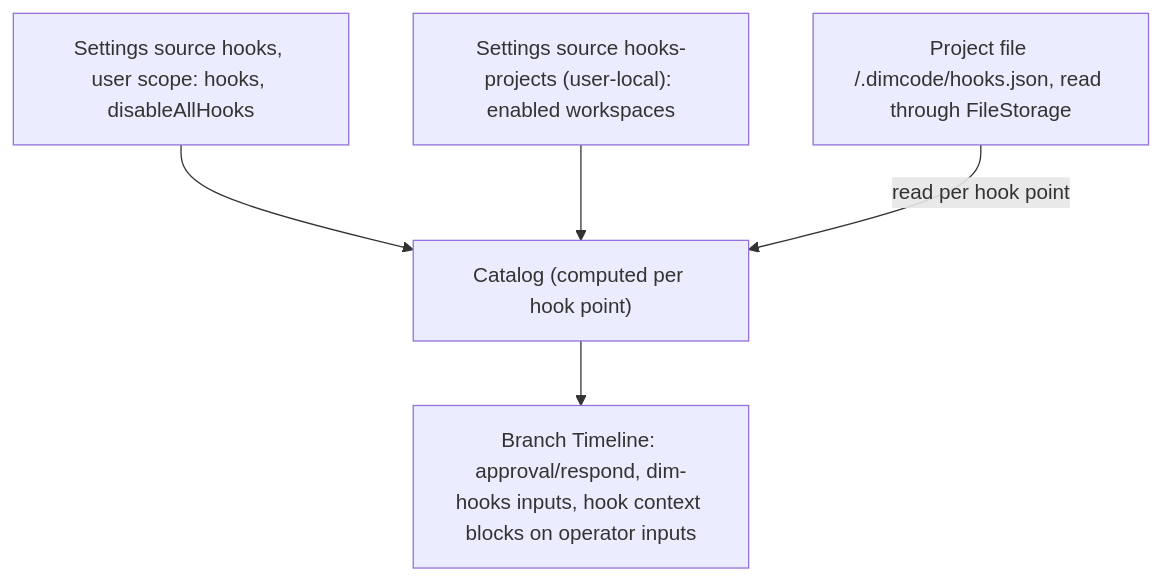
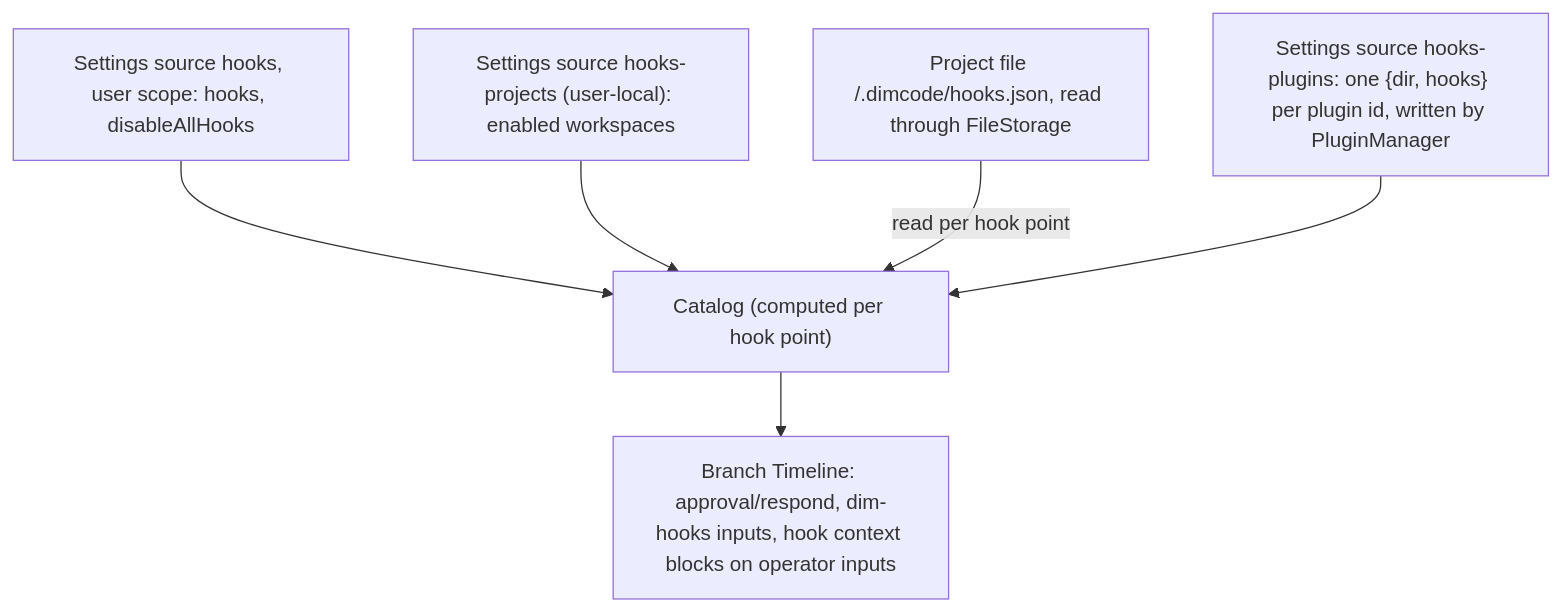
The second of 6 diagrams in docs/design/plugins/Hooks.md (CoutinhoTTS/dim-agent), drawn with Mermaid before and after one commit. The commit also changed other lines of this file and 1 other file, not shown here.

First line of the commit message:
docs(hooks): make the design Ready and settle its open points

````diff
--- a/docs/design/plugins/Hooks.md
+++ b/docs/design/plugins/Hooks.md
@@ -91,12 +93,14 @@
 ```mermaid
 flowchart TB
   User["Settings source hooks, user scope: hooks, disableAllHooks"]
   Proj["Project file <workspace>/.dimcode/hooks.json, read through FileStorage"]
   Enable["Settings source hooks-projects (user-local): enabled workspaces"]
+  Plug["Settings source hooks-plugins: one {dir, hooks} per plugin id, written by PluginManager"]
   Cat["Catalog (computed per hook point)"]
   TL["Branch Timeline: approval/respond, dim-hooks inputs, hook context blocks on operator inputs"]
   User --> Cat
   Enable --> Cat
   Proj -->|"read per hook point"| Cat
+  Plug --> Cat
   Cat --> TL
 ```
````
